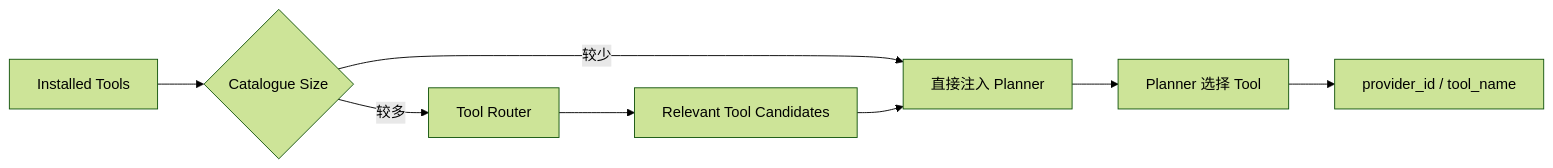
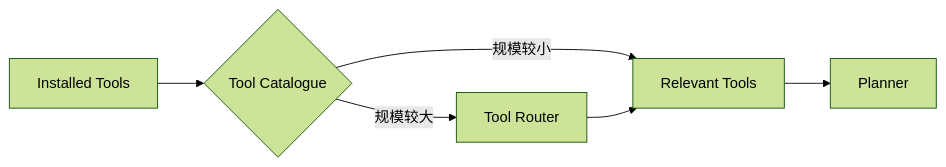
One commit to sgfd-ui/internship changed the sixth of 12 diagrams in weekly-report/dify-1.17-core-capabilities-research.md. Above: the diagram before and after it, drawn with Mermaid (forest theme). The commit also changed other lines of this file, not shown here.

Commit message:
docs: simplify AI Workflow research architecture

````diff
--- a/weekly-report/dify-1.17-core-capabilities-research.md
+++ b/weekly-report/dify-1.17-core-capabilities-research.md
@@ -212,10 +165,8 @@
 ```mermaid
 flowchart LR
-    A[Installed Tools] --> B{Catalogue Size}
-    B -->|较少| C[直接注入 Planner]
-    B -->|较多| D[Tool Router]
-    D --> E[Relevant Tool Candidates]
-    E --> C
-    C --> F[Planner 选择 Tool]
-    F --> G[provider_id / tool_name]
+    A[Installed Tools] --> B{Tool Catalogue}
+    B -->|规模较小| D[Relevant Tools]
+    B -->|规模较大| C[Tool Router]
+    C --> D
+    D --> E[Planner]
 ```
````
